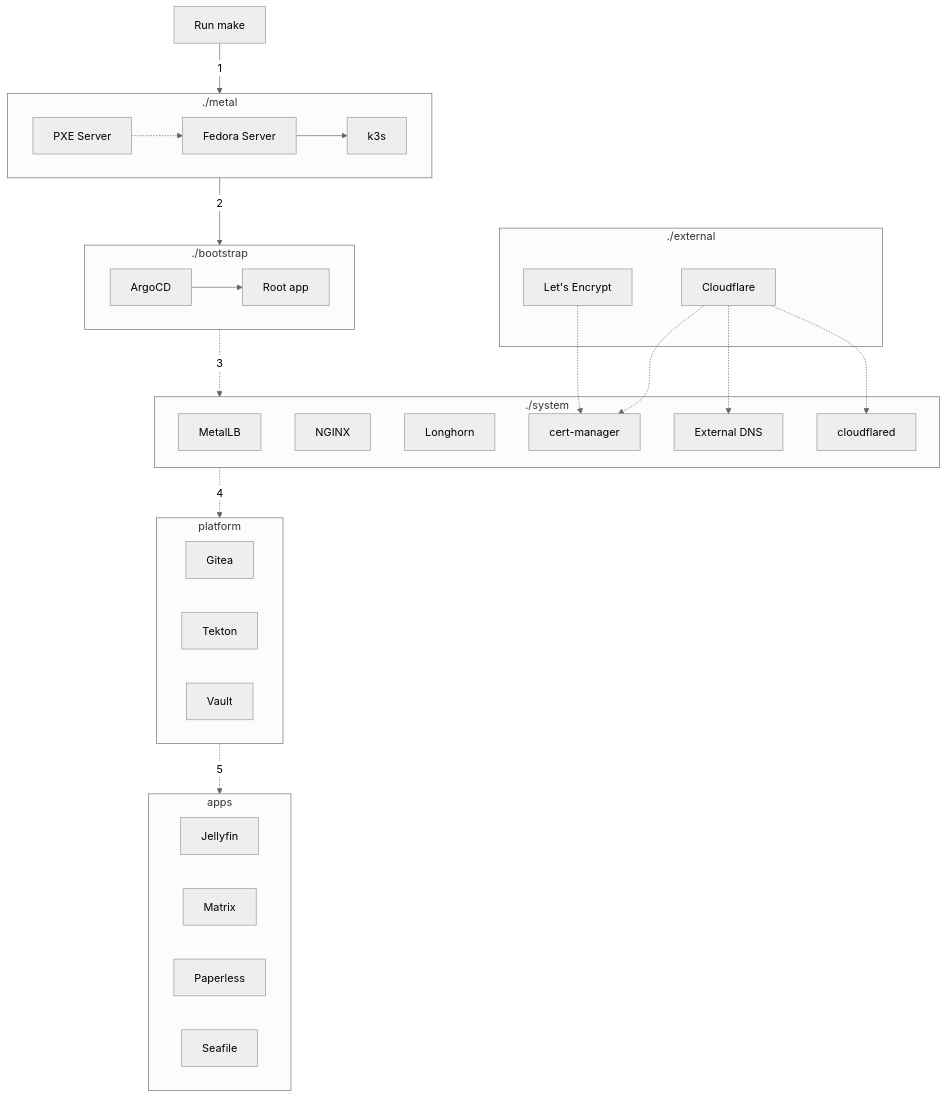
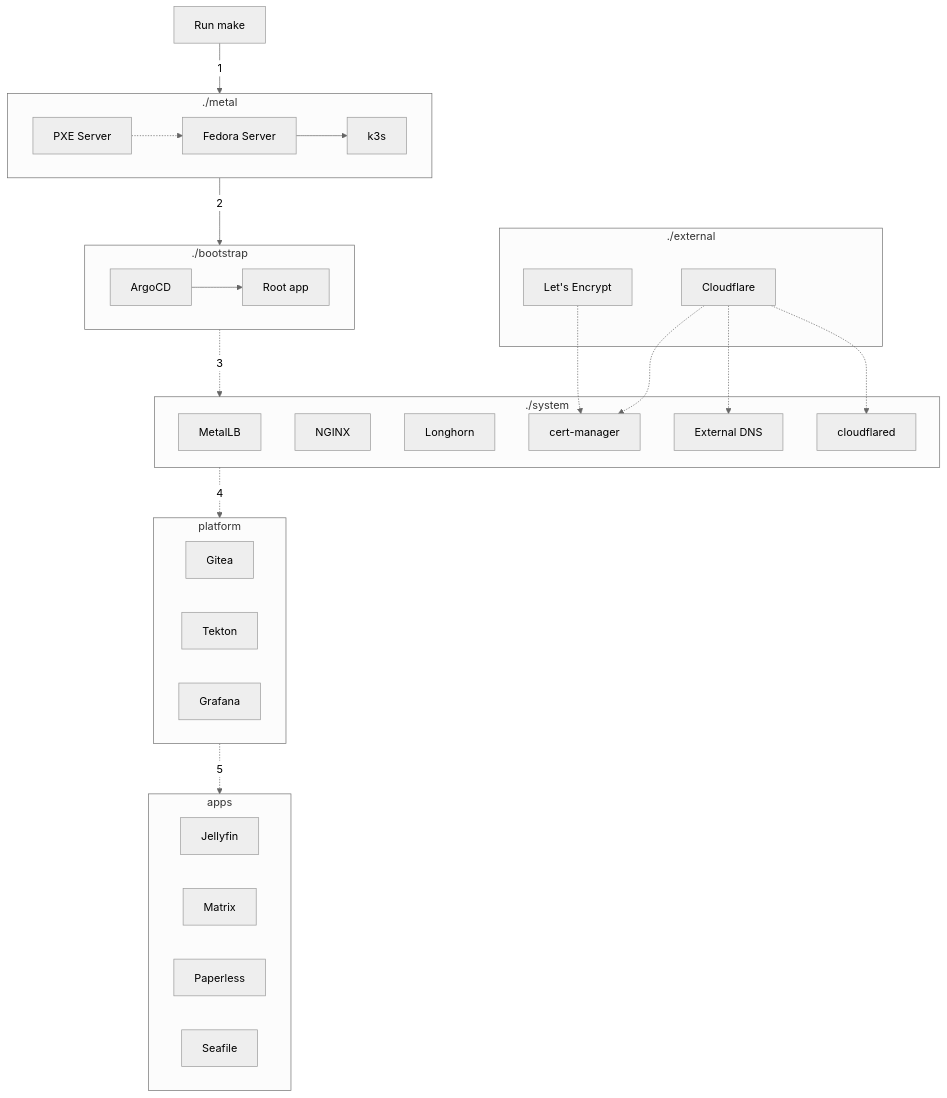
One commit to khuedoan/homelab changed the diagram in docs/reference/architecture/overview.md. Above: the diagram before and after it, drawn with Mermaid (neutral theme). The commit also changed other lines of this file and 9 other files, not shown here.

````diff
--- a/docs/reference/architecture/overview.md
+++ b/docs/reference/architecture/overview.md
@@ -54,44 +54,44 @@
 ```mermaid
 flowchart TD
   subgraph metal[./metal]
     pxe[PXE Server] -.-> linux[Fedora Server] --> k3s
   end
 
   subgraph bootstrap[./bootstrap]
     argocd[ArgoCD] --> rootapp[Root app]
   end
 
   subgraph system[./system]
     metallb[MetalLB]
     nginx[NGINX]
     longhorn[Longhorn]
     cert-manager
     external-dns[External DNS]
     cloudflared
   end
 
   subgraph external[./external]
     letsencrypt[Let's Encrypt]
     cloudflare[Cloudflare]
   end
 
   letsencrypt -.-> cert-manager
   cloudflare -.-> cert-manager
   cloudflare -.-> external-dns
   cloudflare -.-> cloudflared
 
   subgraph platform
-    gitea[Gitea]
-    tekton[Tekton]
-    vault[Vault]
+    Gitea
+    Tekton
+    Grafana
   end
 
   subgraph apps
     jellyfin[Jellyfin]
     matrix[Matrix]
     paperless[Paperless]
     seafile[Seafile]
   end
 
   make[Run make] -- 1 --> metal -- 2 --> bootstrap -. 3 .-> system -. 4 .-> platform -. 5 .-> apps
 ```
````
